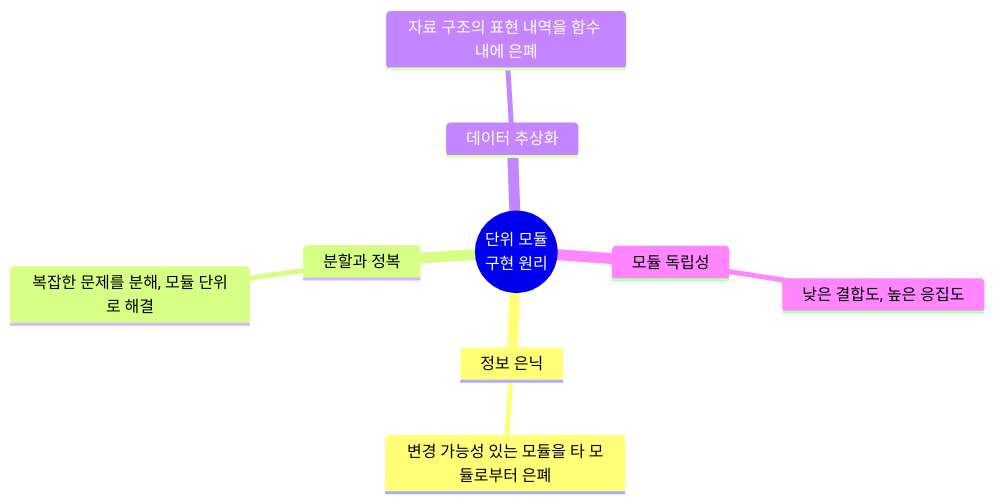
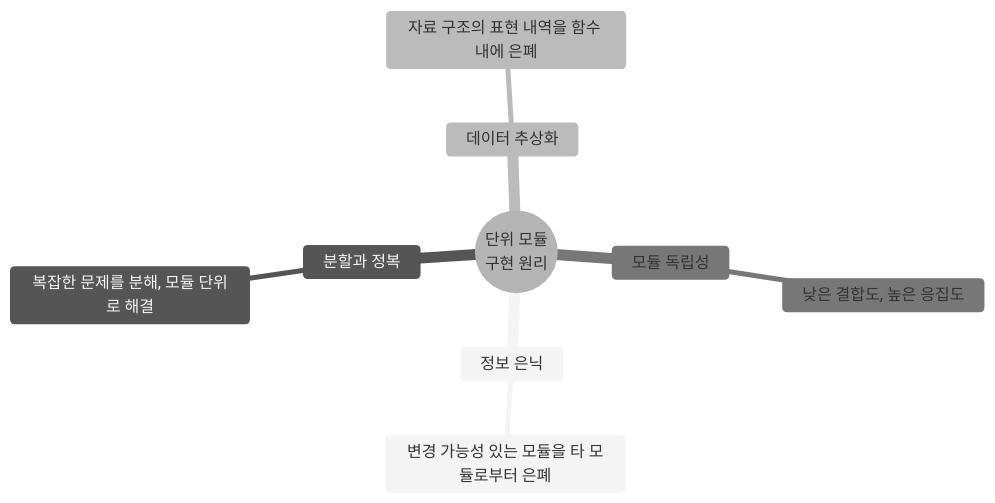
Diagram 14 of 19 in _posts/2026-07-19-eip-data-structure-study-1.md (sungjin-dev/sungjin-dev.github.io), drawn with Mermaid before and after one commit.

````diff
--- a/_posts/2026-07-19-eip-data-structure-study-1.md
+++ b/_posts/2026-07-19-eip-data-structure-study-1.md
@@ -741,12 +741,13 @@
 ```mermaid
+%%{init: {'theme': 'neutral'}}%%
 mindmap
   root((단위 모듈<br>구현 원리))
     정보 은닉
       변경 가능성 있는 모듈을 타 모듈로부터 은폐
     분할과 정복
       복잡한 문제를 분해, 모듈 단위로 해결
     데이터 추상화
       자료 구조의 표현 내역을 함수 내에 은폐
     모듈 독립성
       낮은 결합도, 높은 응집도
 ```
````
